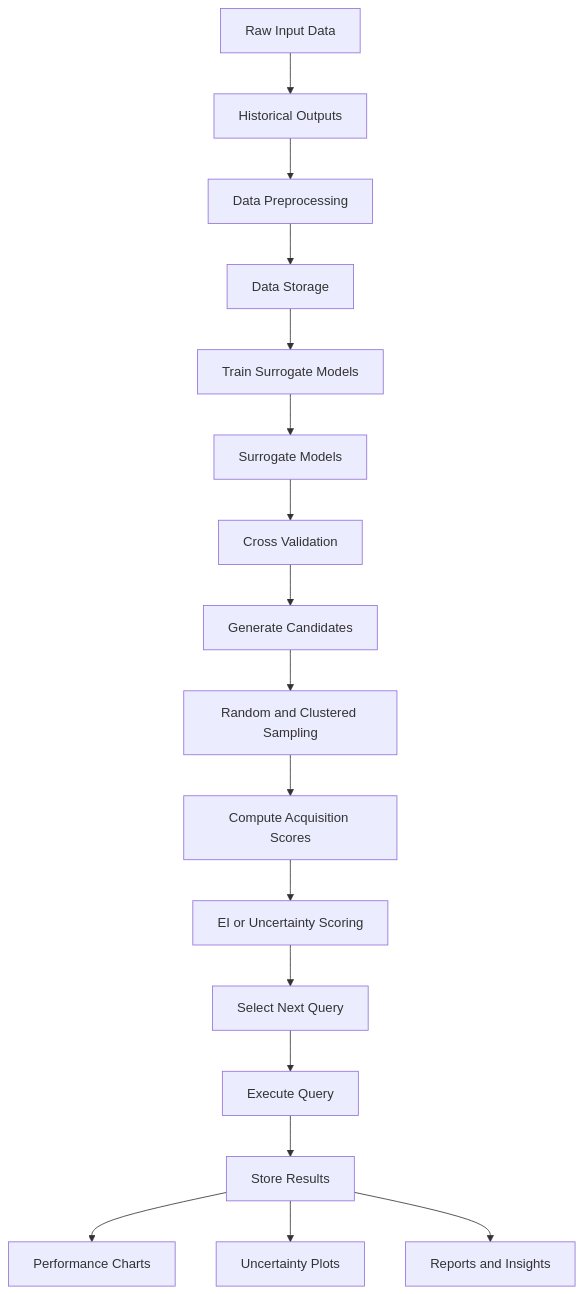
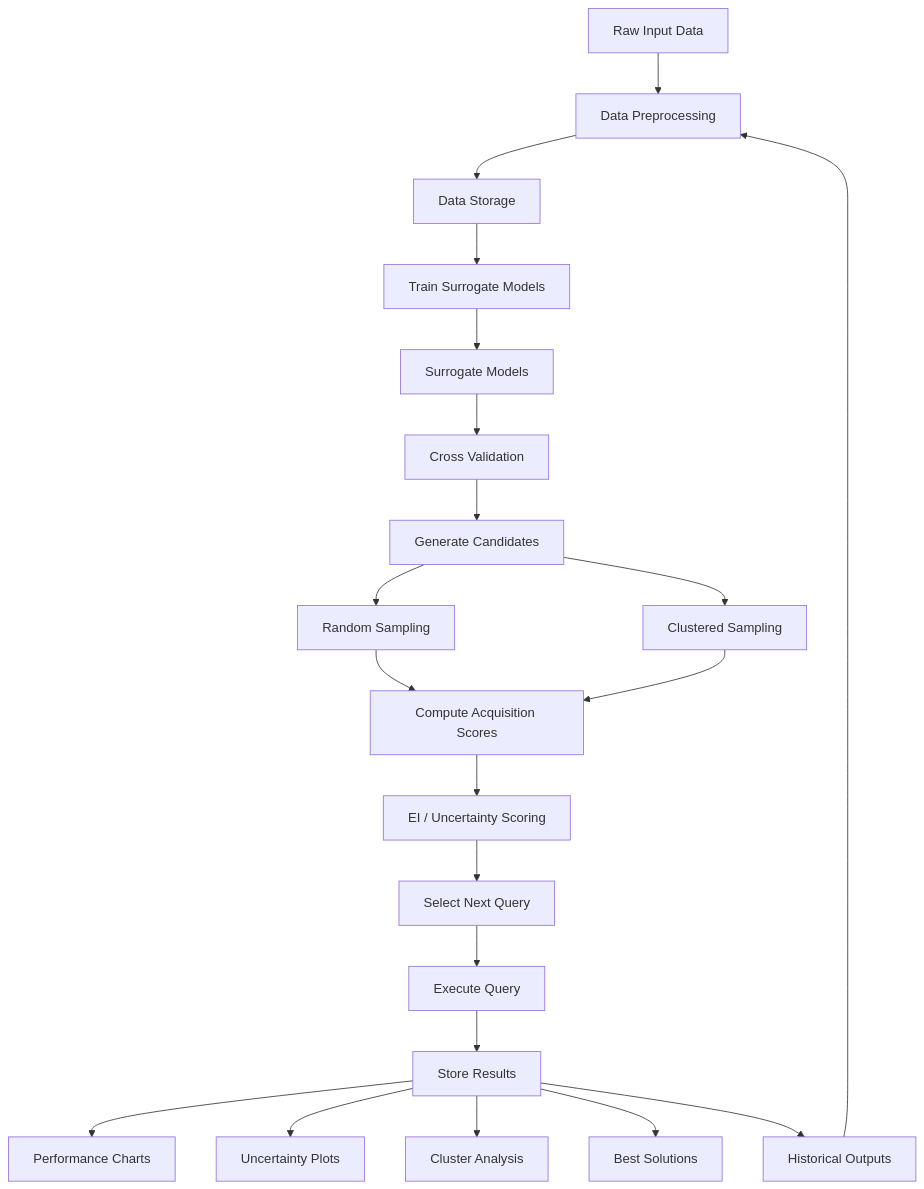
Before and after one commit to neetamlimbu/Imperial-Capstone-Project: the diagram in docs/architecture_diagram.md, drawn with Mermaid.

Commit message:
Updated Architecture Diagram

````diff
--- a/docs/architecture_diagram.md
+++ b/docs/architecture_diagram.md
@@ -1,24 +1,36 @@
 ```mermaid
 flowchart TD
 
-    A[Raw Input Data] --> B[Historical Outputs]
-    B --> C[Data Preprocessing]
+    %% --- Data Layer ---
+    A[Raw Input Data] --> C[Data Preprocessing]
+    B[Historical Outputs] --> C
     C --> D[Data Storage]
 
+    %% --- Surrogate Modelling ---
     D --> E[Train Surrogate Models]
     E --> F[Surrogate Models]
     F --> G[Cross Validation]
 
+    %% --- Acquisition Engine ---
     G --> H[Generate Candidates]
-    H --> I[Random and Clustered Sampling]
-    I --> J[Compute Acquisition Scores]
-    J --> K[EI or Uncertainty Scoring]
+    H --> I1[Random Sampling]
+    H --> I2[Clustered Sampling]
+    I1 --> J[Compute Acquisition Scores]
+    I2 --> J
+    J --> K[EI / Uncertainty Scoring]
+
+    %% --- Query Selection ---
     K --> L[Select Next Query]
-
     L --> M[Execute Query]
     M --> N[Store Results]
 
+    %% --- Visualisation ---
     N --> O[Performance Charts]
     N --> P[Uncertainty Plots]
-    N --> Q[Reports and Insights]
+    N --> Q[Cluster Analysis]
+    N --> R[Best Solutions]
+
+    %% --- Feedback Loop ---
+    N --> B
+    
 ```
````
